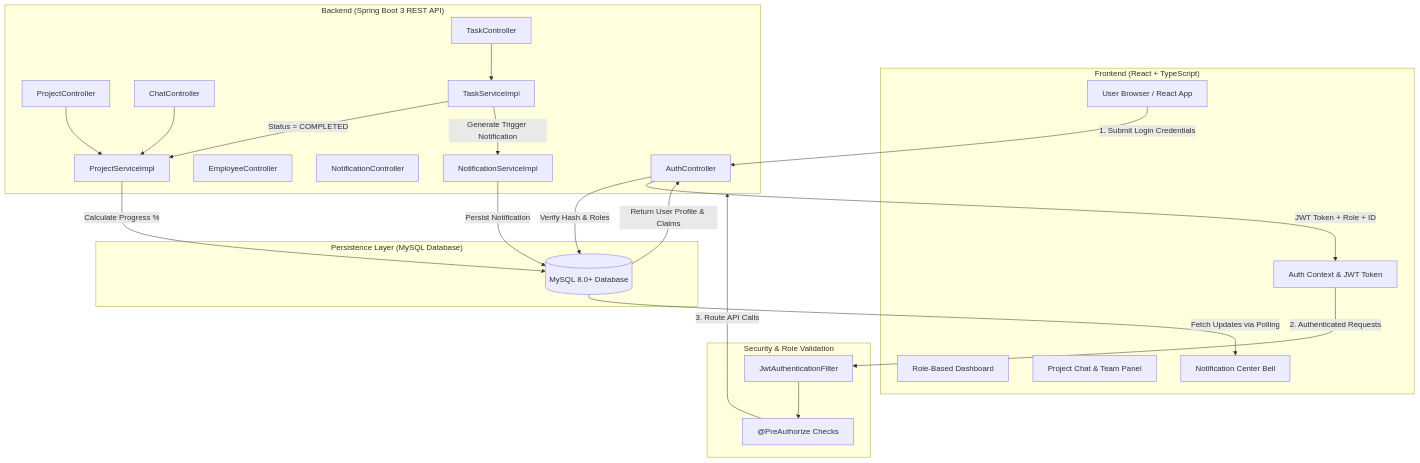
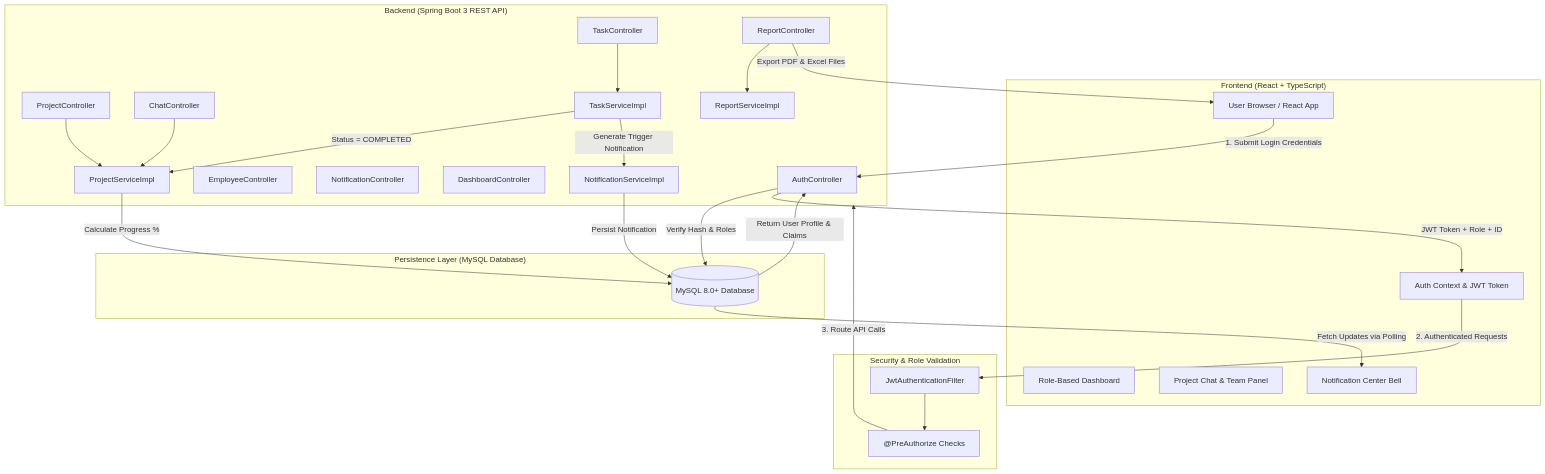
One commit to BVK11/smart-employee-project-management-system changed the diagram in README.md. Above: the diagram before and after it, drawn with Mermaid. The commit also changed other lines of this file, not shown here.

````diff
--- a/README.md
+++ b/README.md
@@ -68,64 +68,68 @@
 ```mermaid
 flowchart TD
-    %% -------------------------------------------------------------
-    %% SUBGRAPH DEFINITIONS
-    %% -------------------------------------------------------------
+%% -------------------------------------------------------------
+%% SUBGRAPH DEFINITIONS
+%% -------------------------------------------------------------
     subgraph Client ["Frontend (React + TypeScript)"]
         UI["User Browser / React App"]
         AuthCtx["Auth Context & JWT Token"]
         Dash["Role-Based Dashboard"]
         ChatUI["Project Chat & Team Panel"]
         NotifCenter["Notification Center Bell"]
     end
 
     subgraph Security ["Security & Role Validation"]
         Filter["JwtAuthenticationFilter"]
         PreAuth["@PreAuthorize Checks"]
     end
 
     subgraph Backend ["Backend (Spring Boot 3 REST API)"]
         AuthCtrl["AuthController"]
         EmpCtrl["EmployeeController"]
         ProjCtrl["ProjectController"]
         TaskCtrl["TaskController"]
         NotifCtrl["NotificationController"]
         ChatCtrl["ChatController"]
-        
+        ReportCtrl["ReportController"]
+        DashCtrl["DashboardController"]
+
         ProjSvc["ProjectServiceImpl"]
         TaskSvc["TaskServiceImpl"]
         NotifSvc["NotificationServiceImpl"]
+        ReportSvc["ReportServiceImpl"]
     end
 
     subgraph Database ["Persistence Layer (MySQL Database)"]
         DB[("MySQL 8.0+ Database")]
     end
 
-    %% -------------------------------------------------------------
-    %% FLOW CONNECTIONS
-    %% -------------------------------------------------------------
-    %% Authentication Phase
+%% -------------------------------------------------------------
+%% FLOW CONNECTIONS
+%% -------------------------------------------------------------
+%% Authentication Phase
     UI -->|"1. Submit Login Credentials"| AuthCtrl
     AuthCtrl -->|"Verify Hash & Roles"| DB
     DB -->|"Return User Profile & Claims"| AuthCtrl
     AuthCtrl -->|"JWT Token + Role + ID"| AuthCtx
 
-    %% Request Security Phase
+%% Request Security Phase
     AuthCtx -->|"2. Authenticated Requests"| Filter
     Filter --> PreAuth
     PreAuth -->|"3. Route API Calls"| Backend
 
-    %% Controller to Service
+%% Controller to Service
     ProjCtrl --> ProjSvc
     TaskCtrl --> TaskSvc
     ChatCtrl --> ProjSvc
+    ReportCtrl --> ReportSvc
 
-    %% Business Operations & Database Updates
+%% Business Operations & Database Updates
     TaskSvc -->|"Status = COMPLETED"| ProjSvc
     ProjSvc -->|"Calculate Progress %"| DB
     TaskSvc -->|"Generate Trigger Notification"| NotifSvc
 
-    %% Notifications Phase
+%% Notifications & Reports Phase
     NotifSvc -->|"Persist Notification"| DB
     DB -->|"Fetch Updates via Polling"| NotifCenter
-
+    ReportCtrl -->|"Export PDF & Excel Files"| UI
 ```
````
